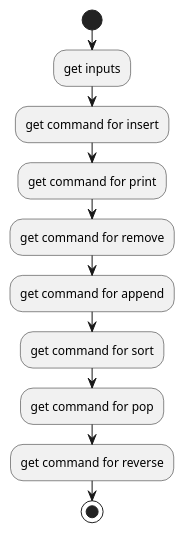
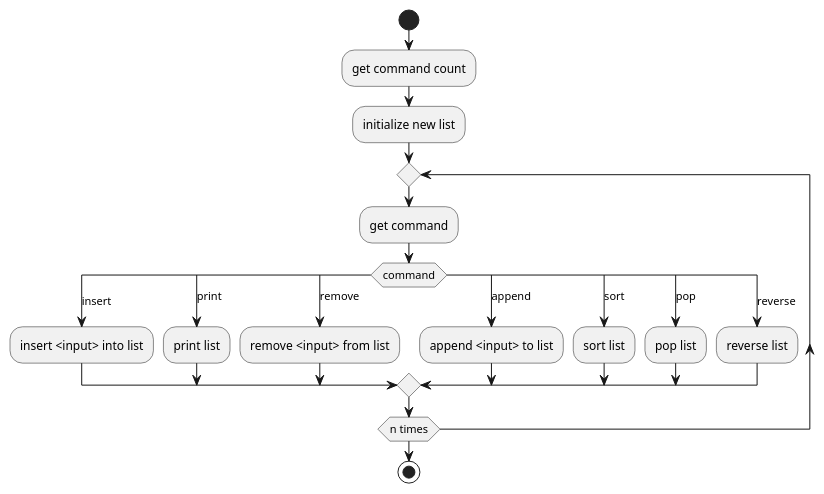
One commit to appaksh/nehprocpy changed the diagram in oldwork/list.puml. Above: the diagram before and after it, drawn with PlantUML. The commit also changed 11 other files, not shown here.

```diff
--- a/oldwork/list.puml
+++ b/oldwork/list.puml
@@ -1,16 +1,29 @@
 @startuml
 'https://www.hackerrank.com/challenges/python-lists/problem
 
 start
-:get inputs;
-:get command for insert;
-:get command for print;
-:get command for remove;
-:get command for append;
-:get command for sort;
-:get command for pop;
-:get command for reverse;
+:get command count;
+:initialize new list;
+repeat
+    :get command;
+    switch(command)
+        case (insert)
+            :insert <input> into list;
+        case (print)
+            :print list;
+        case (remove)
+            :remove <input> from list;
+        case (append)
+            :append <input> to list;
+        case (sort)
+            :sort list;
+        case (pop)
+            :pop list;
+        case (reverse)
+           :reverse list;
+    endswitch
+repeat while (n times)
 
 stop
 
 @enduml
```
